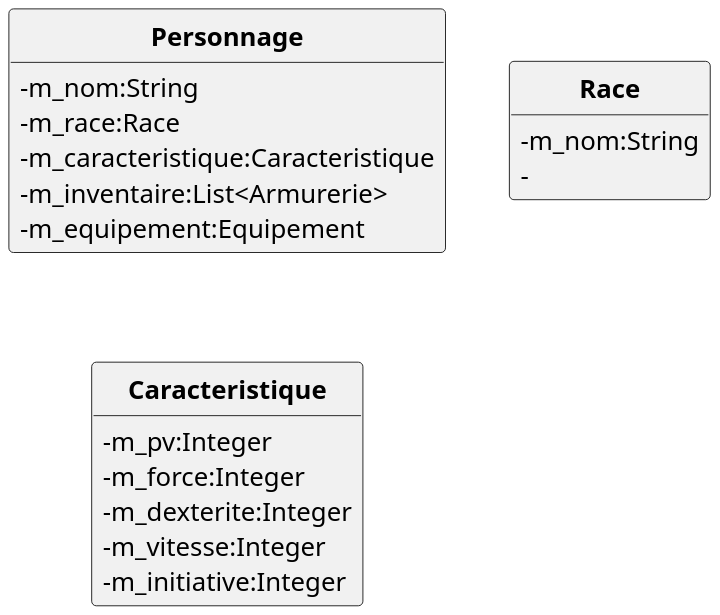
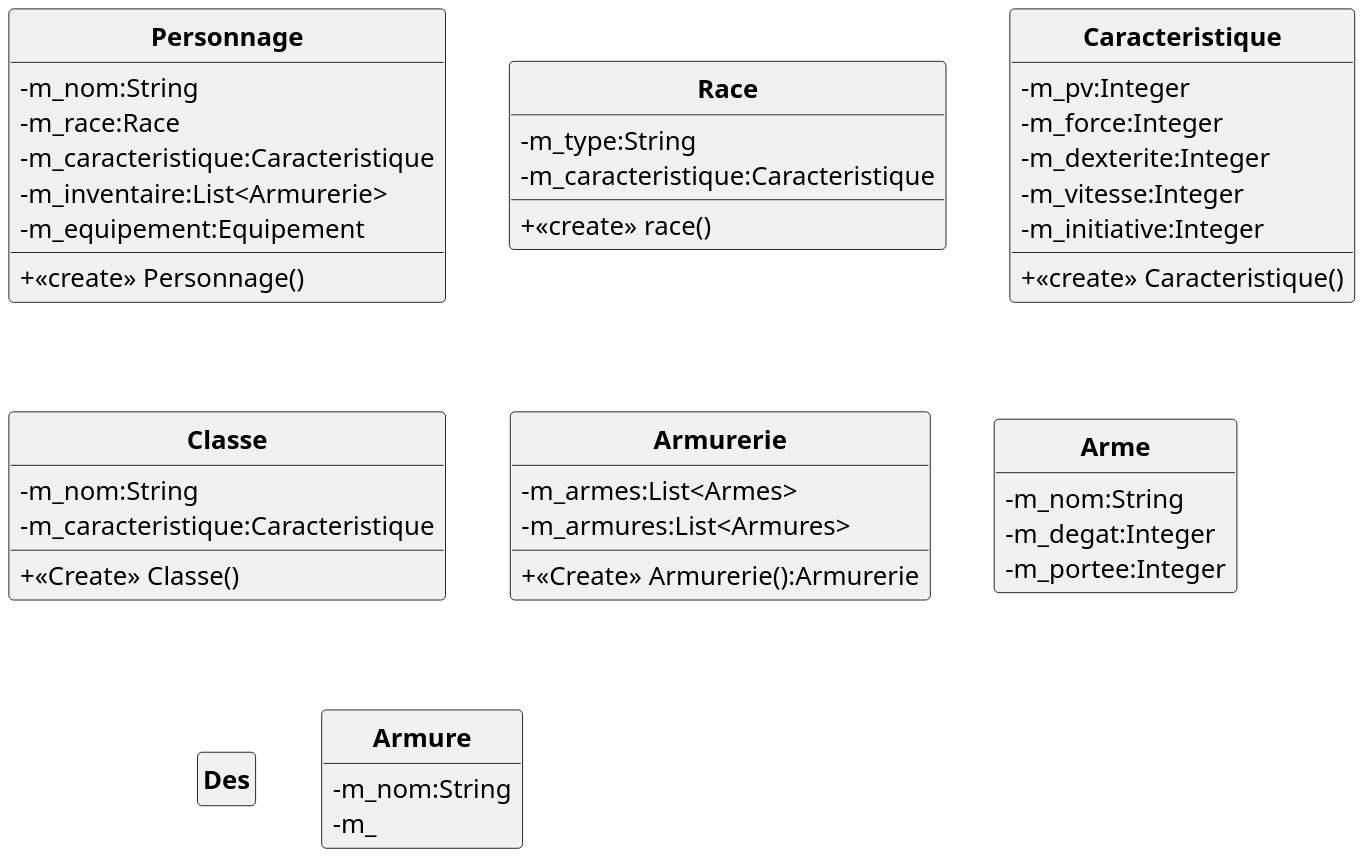
The diagram in uml/DoojonEtDragons.puml (pataatee/DOOnjons-et-Dragons), drawn with PlantUML before and after one commit. The commit also changed 1 other file, not shown here.

```diff
--- a/uml/DoojonEtDragons.puml
+++ b/uml/DoojonEtDragons.puml
@@ -1,31 +1,61 @@
 @startuml
 'https://plantuml.com/class-diagram
 scale 2
 
 skinparam classAttributeIconSize 0
 skinparam classFontStyle Bold
 skinparam style strictuml
 hide empty members
 
 class Personnage {
+    +<<create>> Personnage()
     -m_nom:String
     -m_race:Race
     -m_caracteristique:Caracteristique
     -m_inventaire:List<Armurerie>
     -m_equipement:Equipement
 }
 
 class Race {
-    -m_nom:String
-    -
+    +<<create>> race()
+    -m_type:String
+    -m_caracteristique:Caracteristique
 }
 
 class Caracteristique {
+    +<<create>> Caracteristique()
     -m_pv:Integer
     -m_force:Integer
     -m_dexterite:Integer
     -m_vitesse:Integer
     -m_initiative:Integer
 }
 
+class Classe {
+    +<<Create>> Classe()
+    -m_nom:String
+    -m_caracteristique:Caracteristique
+}
+
+class Armurerie {
+    +<<Create>> Armurerie():Armurerie
+    -m_armes:List<Armes>
+    -m_armures:List<Armures>
+}
+
+class Arme {
+    -m_nom:String
+    -m_degat:Integer
+    -m_portee:Integer
+}
+
+class Des {
+
+}
+
+class Armure {
+    -m_nom:String
+    -m_
+}
+
 @enduml
```
